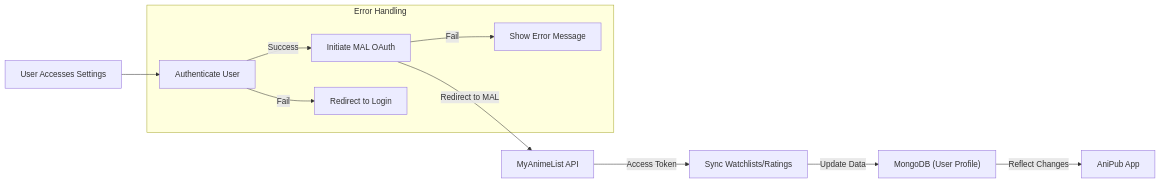
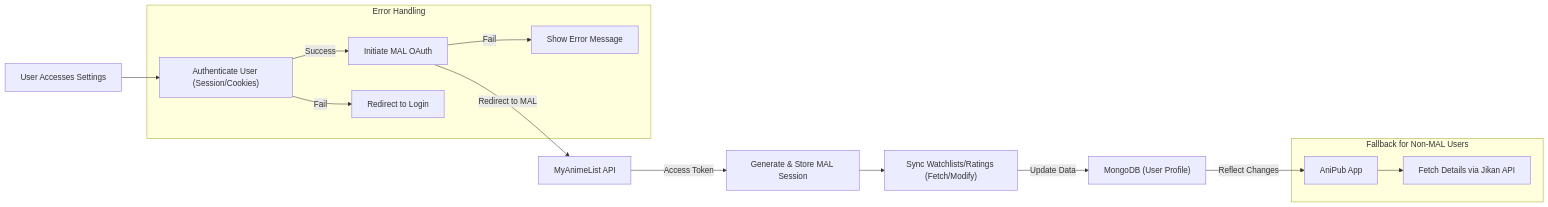
One commit to AnimePub/AniPub changed the fifth of 6 diagrams in README.md. Above: the diagram before and after it, drawn with Mermaid. The commit also changed other lines of this file, not shown here.

````diff
--- a/README.md
+++ b/README.md
@@ -170,13 +179,17 @@
 ```mermaid
 flowchart LR
-    Start["User Accesses Settings"] --> Auth["Authenticate User"]
+    Start["User Accesses Settings"] --> Auth["Authenticate User (Session/Cookies)"]
     Auth -->|Success| Connect["Initiate MAL OAuth"]
     Connect -->|Redirect to MAL| MAL["MyAnimeList API"]
-    MAL -->|Access Token| Sync["Sync Watchlists/Ratings"]
+    MAL -->|Access Token| MALSession["Generate & Store MAL Session"]
+    MALSession --> Sync["Sync Watchlists/Ratings (Fetch/Modify)"]
     Sync -->|Update Data| DB["MongoDB (User Profile)"]
     DB -->|Reflect Changes| App["AniPub App"]
+    subgraph "Fallback for Non-MAL Users"
+        App --> Jikan["Fetch Details via Jikan API"]
+    end
     subgraph "Error Handling"
         Auth -->|Fail| Redirect["Redirect to Login"]
         Connect -->|Fail| Error["Show Error Message"]
     end
 ```
````
